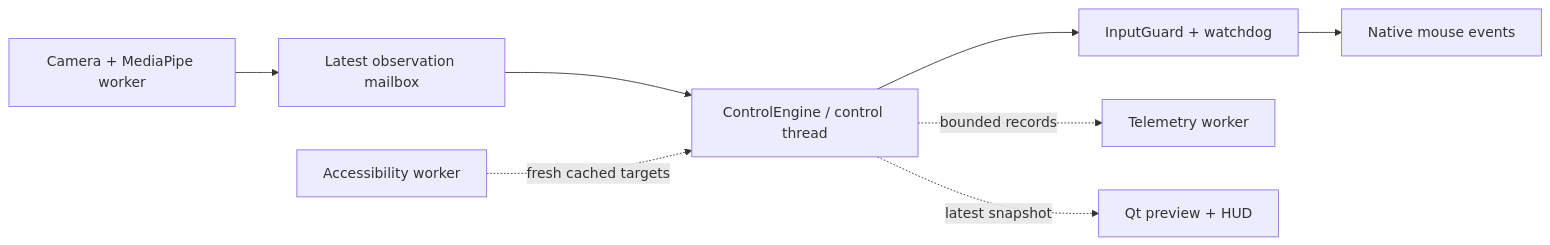
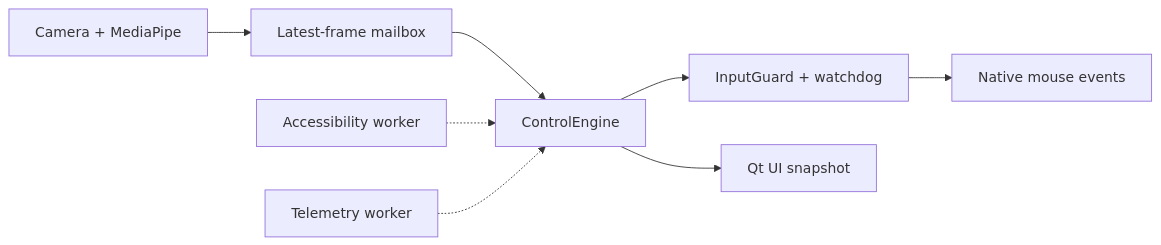
Before and after one commit to CYK16688/PinchCursor: the first of 3 diagrams in README.md, drawn with Mermaid. The commit also changed other lines of this file and 1 other file, not shown here.

Commit message:
docs: simplify README with visual system flows

````diff
--- a/README.md
+++ b/README.md
@@ -52,10 +36,12 @@
 ```mermaid
 flowchart LR
-    Camera[Camera + MediaPipe worker] --> Latest[Latest observation mailbox]
-    Latest --> Engine[ControlEngine / control thread]
-    Engine --> Guard[InputGuard + watchdog]
-    Guard --> Native[Native mouse events]
-    AX[Accessibility worker] -. fresh cached targets .-> Engine
-    Engine -. bounded records .-> Log[Telemetry worker]
-    Engine -. latest snapshot .-> UI[Qt preview + HUD]
+    accTitle: PinchCursor runtime
+    accDescr: Camera frames pass through a latest-frame mailbox into one control engine, which owns native mouse input and publishes snapshots to the UI.
+    camera[Camera + MediaPipe] --> mailbox[Latest-frame mailbox]
+    mailbox --> engine[ControlEngine]
+    engine --> guard[InputGuard + watchdog]
+    guard --> mouse[Native mouse events]
+    context[Accessibility worker] -.-> engine
+    telemetry[Telemetry worker] -.-> engine
+    engine --> ui[Qt UI snapshot]
 ```
````
